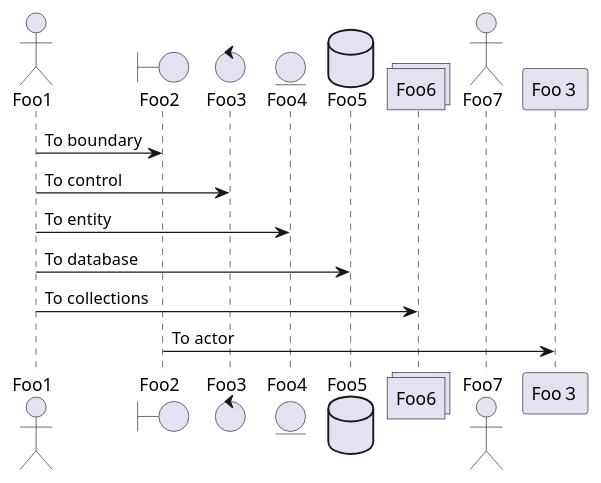
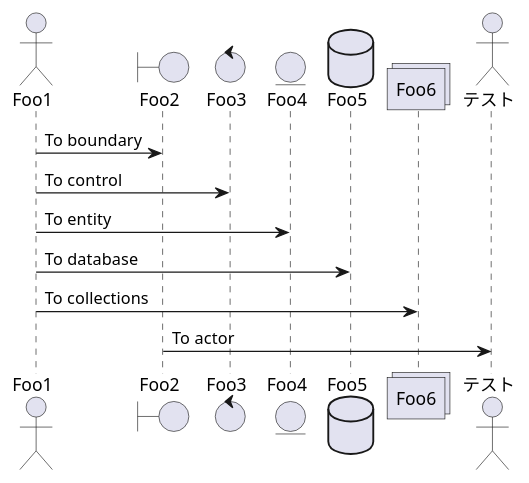
Before and after one commit to yoshida-m-3/generate-plantuml: the diagram in docs/test.md, drawn with PlantUML.

````diff
--- a/docs/test.md
+++ b/docs/test.md
@@ -1,17 +1,17 @@
 ```plantuml:eigonofile
 @startuml
 actor Foo1
 boundary Foo2
 control Foo3
 entity Foo4
 database Foo5
 collections Foo6
-actor Foo7
+actor テスト
 Foo1 -> Foo2 : To boundary
 Foo1 -> Foo3 : To control
 Foo1 -> Foo4 : To entity
 Foo1 -> Foo5 : To database
 Foo1 -> Foo6 : To collections
-Foo2 -> Foo３ : To actor
+Foo2 -> テスト : To actor
 @enduml
 ```
````
